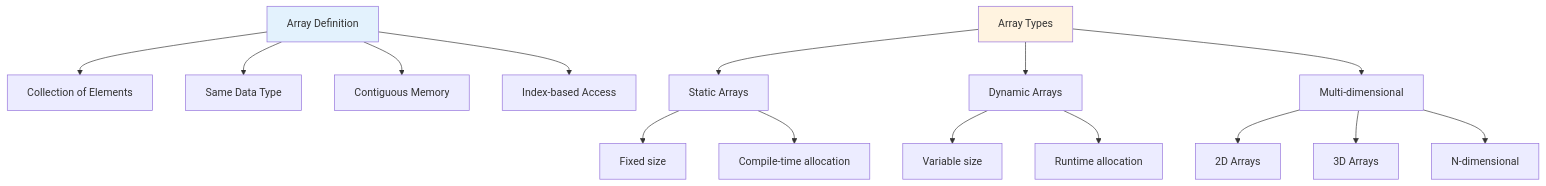
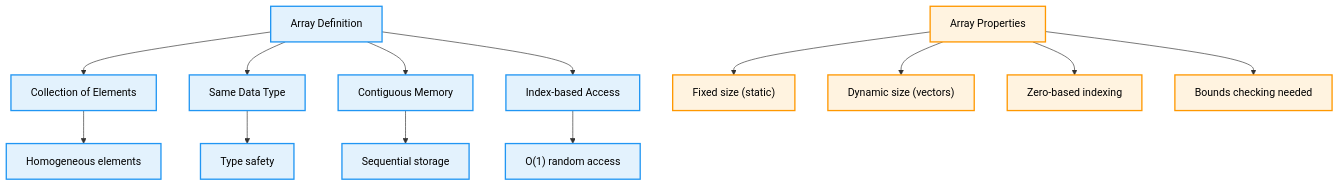
The second of 9 diagrams in concepts/arrays.md (AbhishekGiri04/CodeVault), drawn with Mermaid before and after one commit. The commit also changed other lines of this file, not shown here.

Commit message:
Complete arrays guide with professional images and comprehensive coverage

````diff
--- a/concepts/arrays.md
+++ b/concepts/arrays.md
@@ -98,24 +84,23 @@
 ```mermaid
 flowchart TD
     A["Array Definition"] --> B["Collection of Elements"]
     A --> C["Same Data Type"]
     A --> D["Contiguous Memory"]
     A --> E["Index-based Access"]
     
-    F["Array Types"] --> G["Static Arrays"]
-    F --> H["Dynamic Arrays"]
-    F --> I["Multi-dimensional"]
+    B --> F["Homogeneous elements"]
+    C --> G["Type safety"]
+    D --> H["Sequential storage"]
+    E --> I["O(1) random access"]
     
-    G --> J["Fixed size"]
-    G --> K["Compile-time allocation"]
+    J["Array Properties"] --> K["Fixed size (static)"]
+    J --> L["Dynamic size (vectors)"]
+    J --> M["Zero-based indexing"]
+    J --> N["Bounds checking needed"]
     
-    H --> L["Variable size"]
-    H --> M["Runtime allocation"]
-    
-    I --> N["2D Arrays"]
-    I --> O["3D Arrays"]
-    I --> P["N-dimensional"]
-    
-    style A fill:#e3f2fd
-    style F fill:#fff3e0
+    classDef default fill:#f9f9f9,stroke:#333,stroke-width:2px,color:#000
+    classDef definition fill:#e3f2fd,stroke:#2196f3,stroke-width:2px,color:#000
+    classDef properties fill:#fff3e0,stroke:#ff9800,stroke-width:2px,color:#000
+    class A,B,C,D,E,F,G,H,I definition
+    class J,K,L,M,N properties
 ```
````
